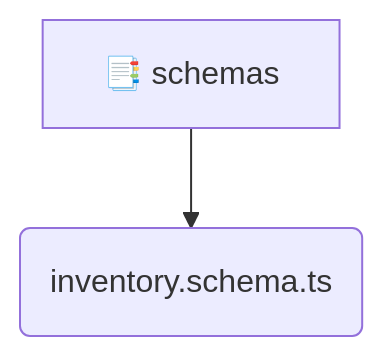
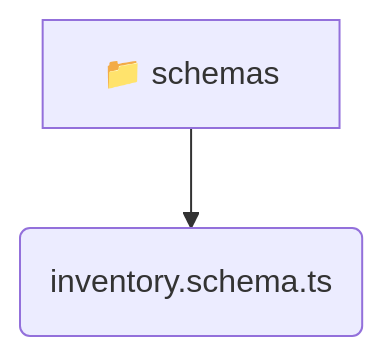
Before and after one commit to beginwebdev2002/fullstack-mavluda: the diagram in backend/src/modules/inventory/infrastructure/schemas/README.md, drawn with Mermaid. The commit also changed other lines of this file and 155 other files, not shown here.

````diff
--- a/backend/src/modules/inventory/infrastructure/schemas/README.md
+++ b/backend/src/modules/inventory/infrastructure/schemas/README.md
@@ -9,5 +9,5 @@
 ```mermaid
 graph TD
-  schemas[📑 schemas]
-  schemas --> inventory_schema_ts(inventory.schema.ts)
+  schemas[📁 schemas]
+  schemas --> schemas_inventory_schema_ts(inventory.schema.ts)
 ```
````
